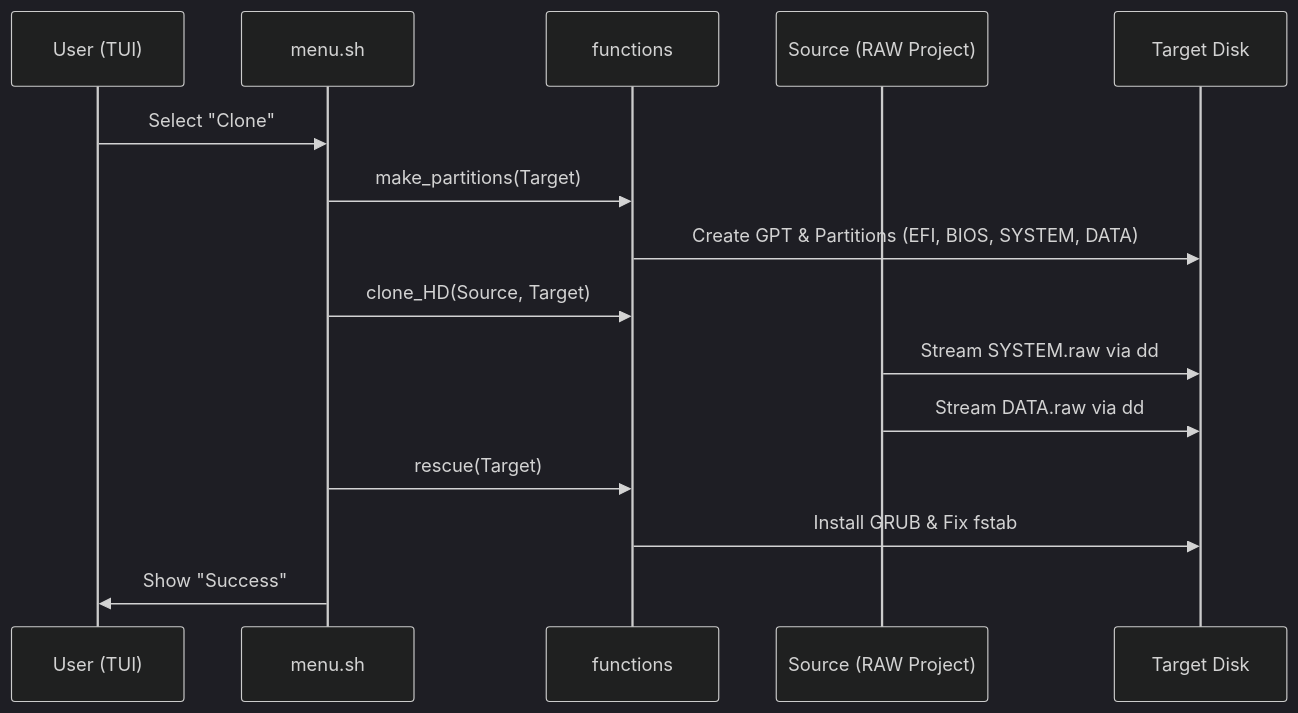
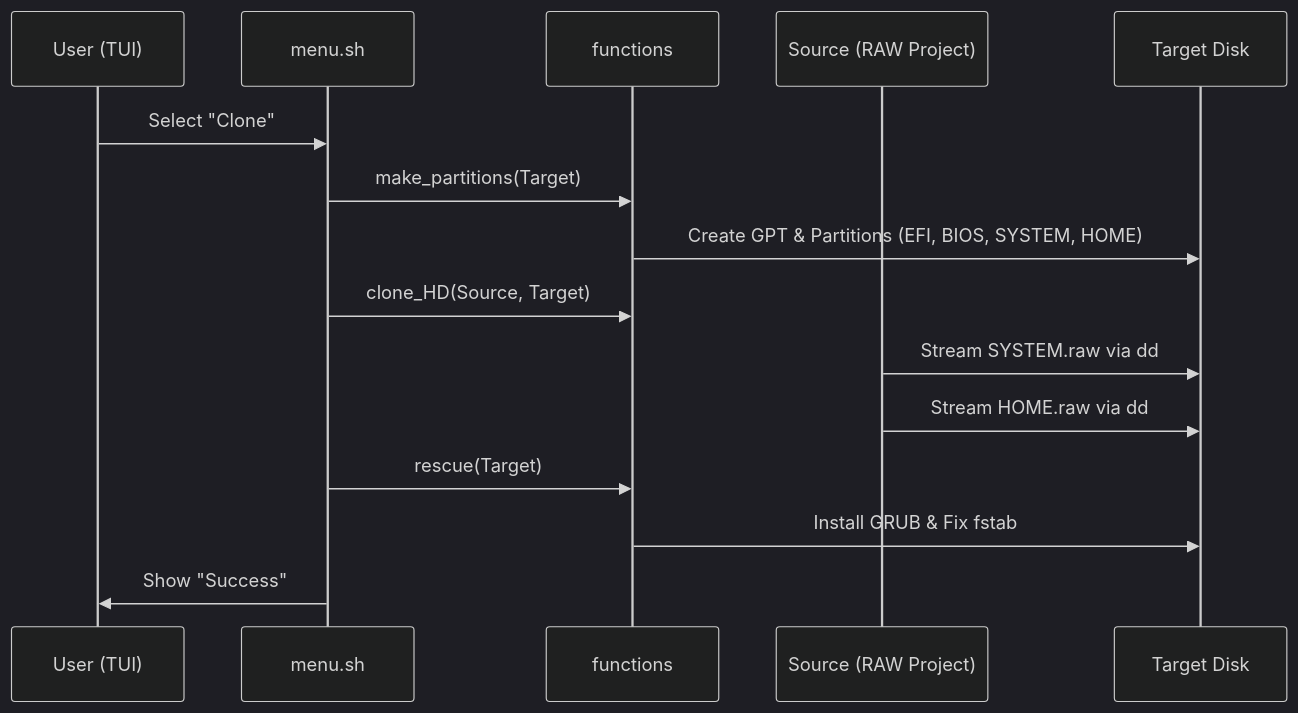
One commit to migasfree/migasfree-clone-system changed the diagram in docs/architecture.md. Above: the diagram before and after it, drawn with Mermaid (dark theme). The commit also changed other lines of this file and 10 other files, not shown here.

First line of the commit message:
refactor: replace legacy DATA partition references with HOME

````diff
--- a/docs/architecture.md
+++ b/docs/architecture.md
@@ -54,18 +54,18 @@
 ```mermaid
 sequenceDiagram
     participant U as User (TUI)
     participant M as menu.sh
     participant F as functions
     participant S as Source (RAW Project)
     participant T as Target Disk
 
     U->>M: Select "Clone"
     M->>F: make_partitions(Target)
-    F->>T: Create GPT & Partitions (EFI, BIOS, SYSTEM, DATA)
+    F->>T: Create GPT & Partitions (EFI, BIOS, SYSTEM, HOME)
     M->>F: clone_HD(Source, Target)
     S->>T: Stream SYSTEM.raw via dd
-    S->>T: Stream DATA.raw via dd
+    S->>T: Stream HOME.raw via dd
     M->>F: rescue(Target)
     F->>T: Install GRUB & Fix fstab
     M->>U: Show "Success"
 ```
````
